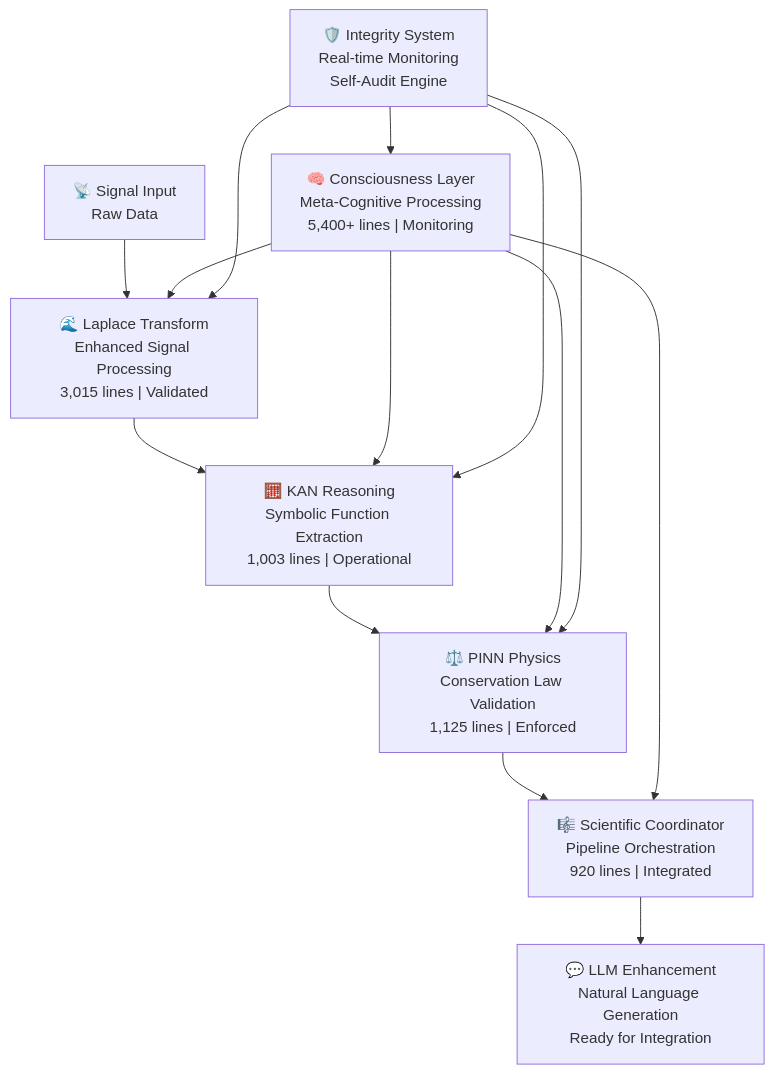
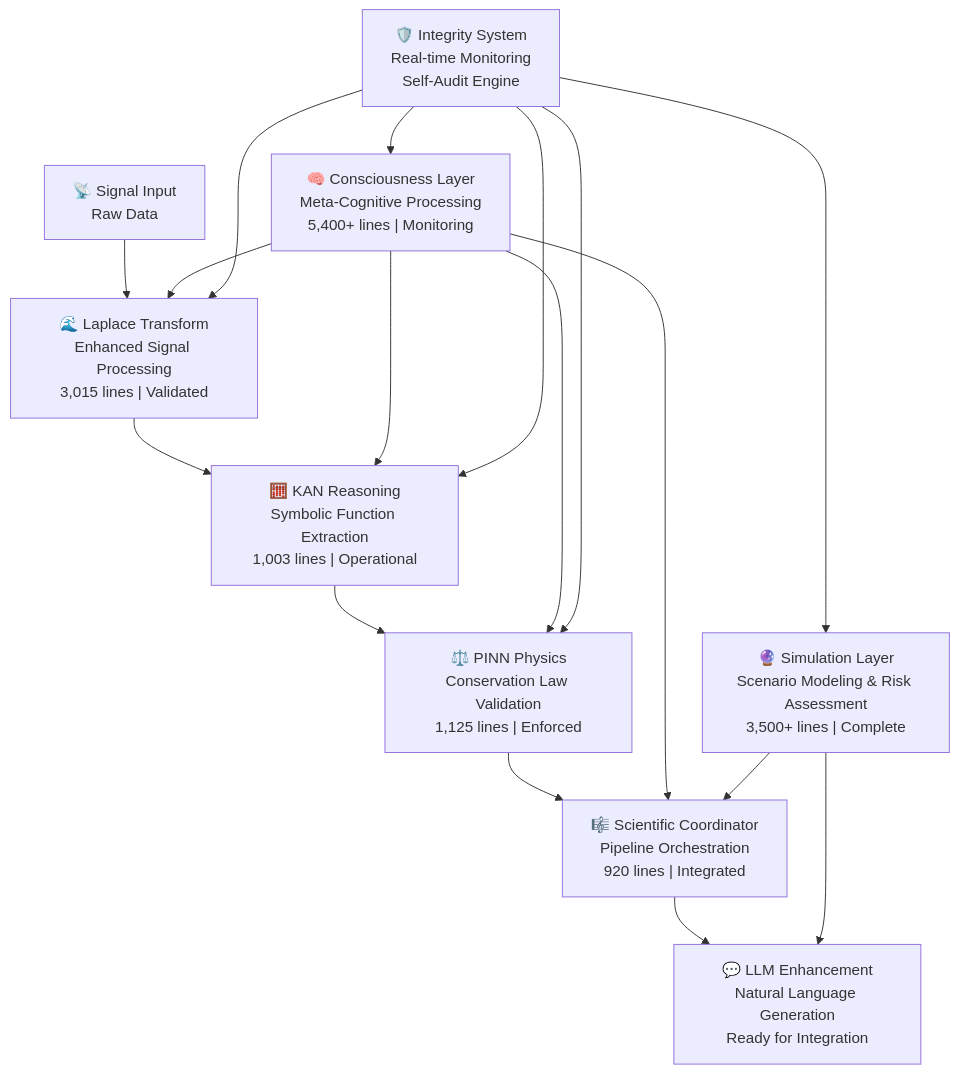
One commit to Organica-Ai-Solutions/NIS_Protocol changed the first of 2 diagrams in README.md. Above: the diagram before and after it, drawn with Mermaid. The commit also changed other lines of this file, not shown here.

````diff
--- a/README.md
+++ b/README.md
@@ -48,18 +52,22 @@
 ```mermaid
 graph TD
     A["📡 Signal Input<br/>Raw Data"] --> B["🌊 Laplace Transform<br/>Enhanced Signal Processing<br/>3,015 lines | Validated"]
     B --> C["🧮 KAN Reasoning<br/>Symbolic Function Extraction<br/>1,003 lines | Operational"]
     C --> D["⚖️ PINN Physics<br/>Conservation Law Validation<br/>1,125 lines | Enforced"]
     D --> E["🎼 Scientific Coordinator<br/>Pipeline Orchestration<br/>920 lines | Integrated"]
     E --> F["💬 LLM Enhancement<br/>Natural Language Generation<br/>Ready for Integration"]
     
     G["🧠 Consciousness Layer<br/>Meta-Cognitive Processing<br/>5,400+ lines | Monitoring"] --> B
     G --> C
     G --> D
     G --> E
     
     H["🛡️ Integrity System<br/>Real-time Monitoring<br/>Self-Audit Engine"] --> G
     H --> B
     H --> C
     H --> D
+
+    I["🔮 Simulation Layer<br/>Scenario Modeling & Risk Assessment<br/>3,500+ lines | Complete"] --> E
+    I --> F
+    H --> I
 ```
````
